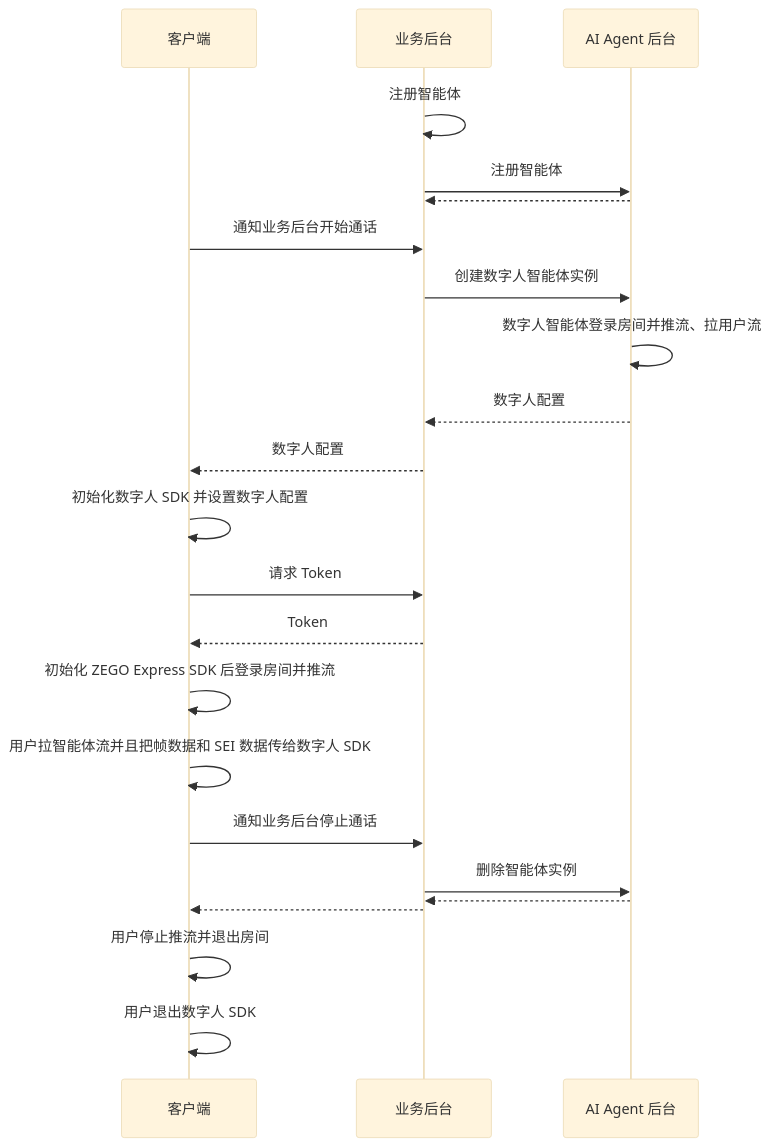
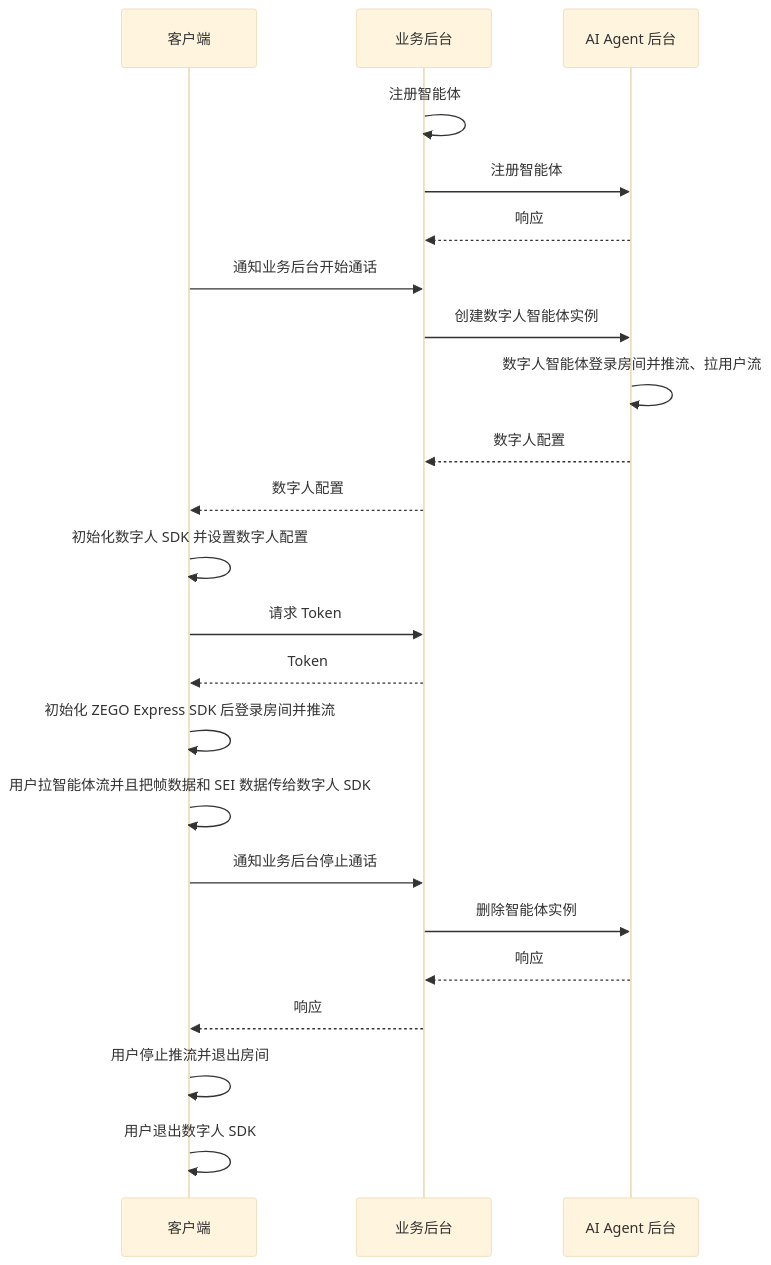
One commit to ZEGOCLOUD/docs_all changed the diagram in core_products/aiagent/zh/android/quick-start-with-digital-human.mdx. Above: the diagram before and after it, drawn with Mermaid (base theme). The commit also changed 5 other files, not shown here.

Commit message:
AIAgent：修复Mermaid渲染错误问题

````diff
--- a/core_products/aiagent/zh/android/quick-start-with-digital-human.mdx
+++ b/core_products/aiagent/zh/android/quick-start-with-digital-human.mdx
@@ -99,33 +99,33 @@
 ```mermaid
 sequenceDiagram
     participant 客户端
     participant 业务后台
     participant AI Agent 后台
 
     业务后台->>业务后台: 注册智能体
     业务后台->>AI Agent 后台: 注册智能体
-    AI Agent 后台-->>业务后台:
+    AI Agent 后台-->>业务后台: 响应
 
     客户端->>业务后台: 通知业务后台开始通话
     业务后台->>AI Agent 后台: 创建数字人智能体实例
     AI Agent 后台->>AI Agent 后台: 数字人智能体登录房间并推流、拉用户流
     AI Agent 后台-->>业务后台: 数字人配置
     业务后台-->>客户端: 数字人配置
 
     客户端->>客户端: 初始化数字人 SDK 并设置数字人配置
 
     客户端->>业务后台: 请求 Token
     业务后台-->>客户端: Token
 
     客户端->>客户端: 初始化 ZEGO Express SDK 后登录房间并推流
 
     客户端->>客户端: 用户拉智能体流并且把帧数据和 SEI 数据传给数字人 SDK
 
     客户端->>业务后台: 通知业务后台停止通话
     业务后台->>AI Agent 后台: 删除智能体实例
-    AI Agent 后台-->>业务后台:
-    业务后台-->>客户端:
+    AI Agent 后台-->>业务后台: 响应
+    业务后台-->>客户端: 响应
 
     客户端->>客户端: 用户停止推流并退出房间
     客户端->>客户端: 用户退出数字人 SDK
 ```
````
